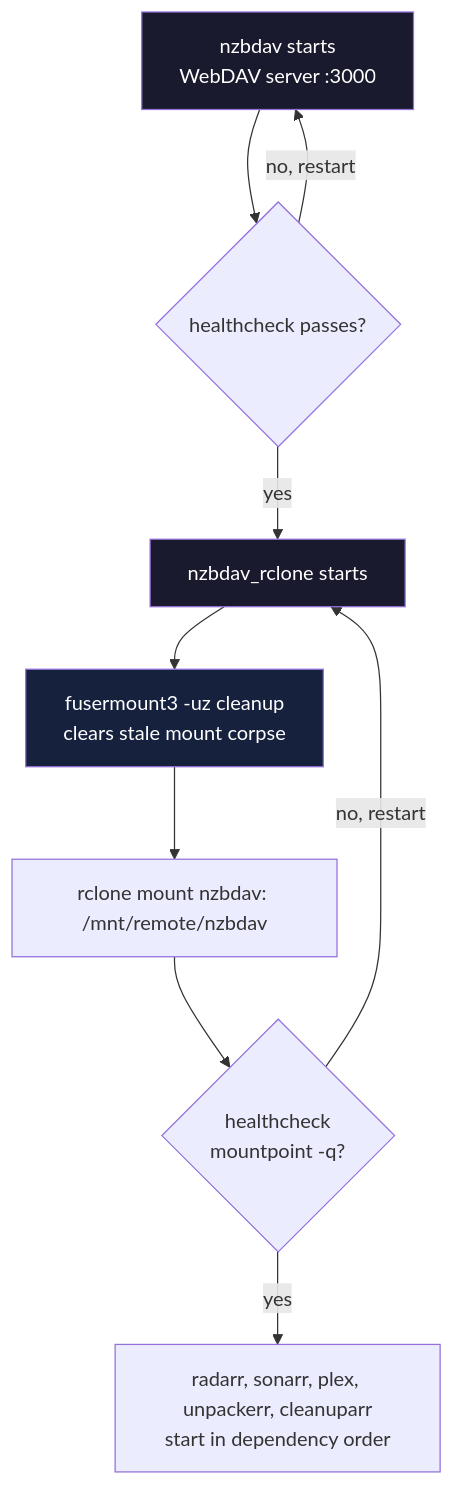
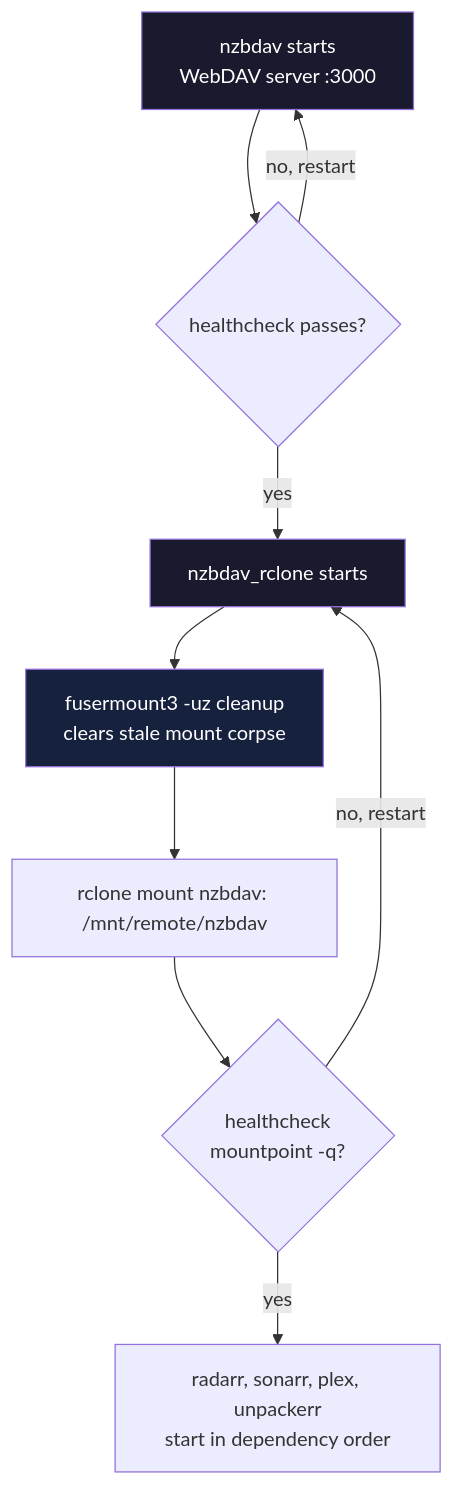
The fourth of 7 diagrams in docs/architecture.md (WhispersOfJ/thebearcave), drawn with Mermaid before and after one commit. The commit also changed other lines of this file and 28 other files, not shown here.

````diff
--- a/docs/architecture.md
+++ b/docs/architecture.md
@@ -153,15 +153,15 @@
 ```mermaid
 flowchart TD
     A[nzbdav starts<br/>WebDAV server :3000] --> B{healthcheck passes?}
     B -- yes --> C[nzbdav_rclone starts]
     B -- no, restart --> A
     C --> D[fusermount3 -uz cleanup<br/>clears stale mount corpse]
     D --> E[rclone mount nzbdav: /mnt/remote/nzbdav]
     E --> F{healthcheck<br/>mountpoint -q?}
-    F -- yes --> G[radarr, sonarr, plex, unpackerr, cleanuparr<br/>start in dependency order]
+    F -- yes --> G[radarr, sonarr, plex, unpackerr<br/>start in dependency order]
     F -- no, restart --> C
 
     style A fill:#1a1a2e,color:#fff
     style C fill:#1a1a2e,color:#fff
     style D fill:#16213e,color:#fff
 ```
````
